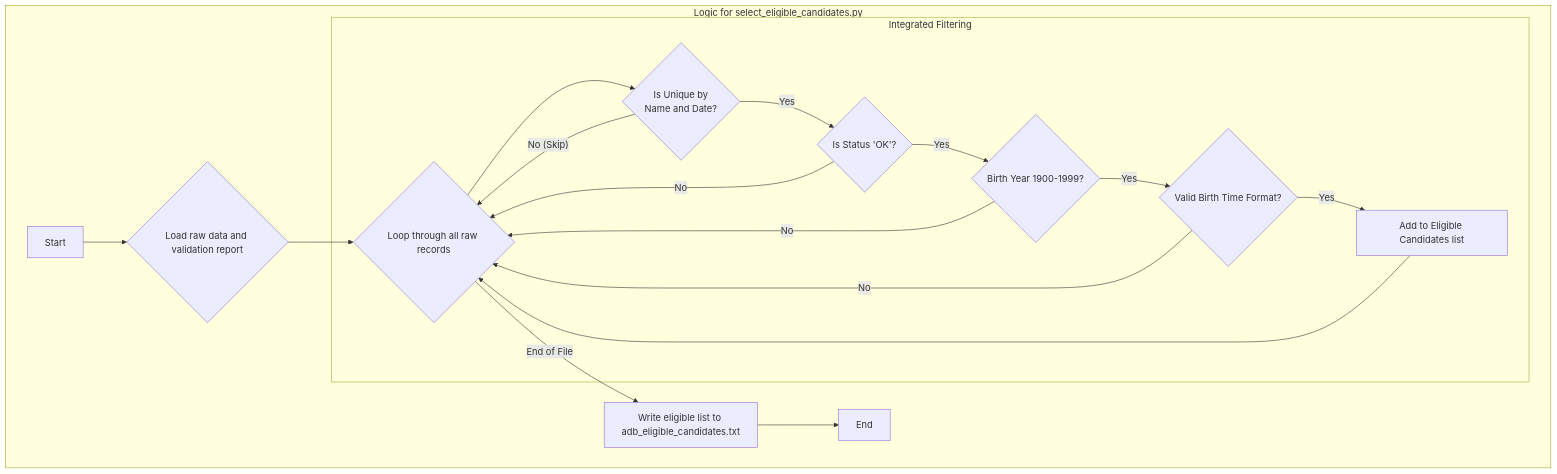
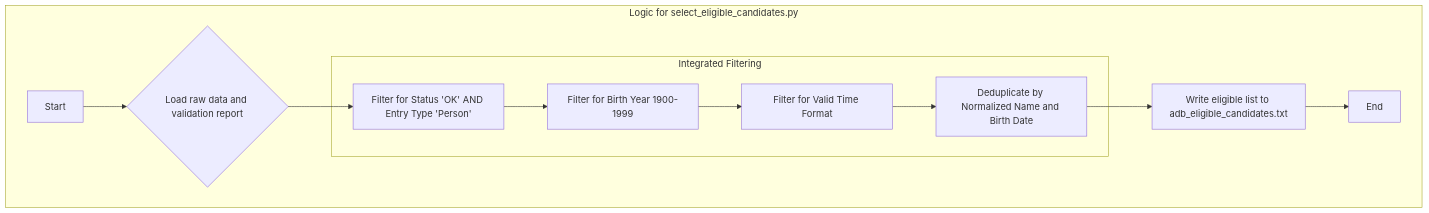
One commit to peterjmarko/llm-narrative-framework changed the diagram in docs/diagrams/logic_prep_eligible_candidates.mmd. Above: the diagram before and after it, drawn with Mermaid. The commit also changed 8 other files, not shown here.

First line of the commit message:
fix(data-prep): fix research entry filter and harden integration test

```diff
--- a/docs/diagrams/logic_prep_eligible_candidates.mmd
+++ b/docs/diagrams/logic_prep_eligible_candidates.mmd
@@ -1,21 +1,14 @@
 graph TD
     subgraph Logic for select_eligible_candidates.py
         A[Start] --> B{Load raw data and validation report};
         B --> C{Loop through all raw records};
 
         subgraph "Integrated Filtering"
-            C --> D{"Is Unique by<br/>Name and Date?"};
-            D -- No (Skip) --> C;
-            D -- Yes --> E{"Is Status 'OK'?"};
-            E -- No --> C;
-            E -- Yes --> F{"Birth Year 1900-1999?"};
-            F -- No --> C;
-            F -- Yes --> G{"Valid Birth Time Format?"};
-            G -- No --> C;
-            G -- Yes --> H[Add to Eligible Candidates list];
-            H --> C;
+            C["Filter for Status 'OK' AND Entry Type 'Person'"] --> D["Filter for Birth Year 1900-1999"];
+            D --> E["Filter for Valid Time Format"];
+            E --> F["Deduplicate by Normalized Name and Birth Date"];
         end
 
-        C -- End of File --> I[Write eligible list to adb_eligible_candidates.txt];
+        F --> I[Write eligible list to adb_eligible_candidates.txt];
         I --> J[End];
     end
```
